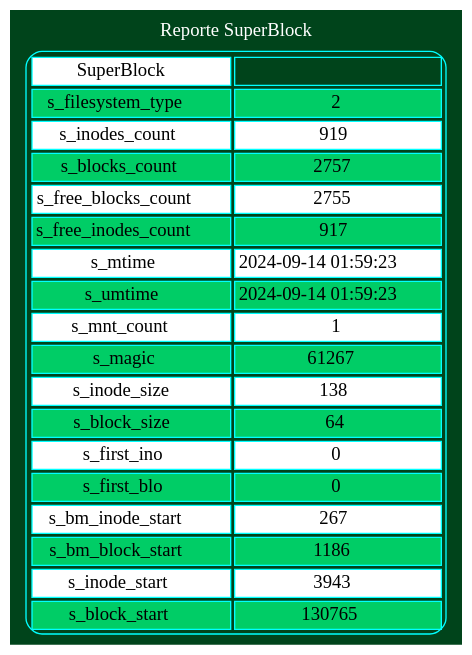
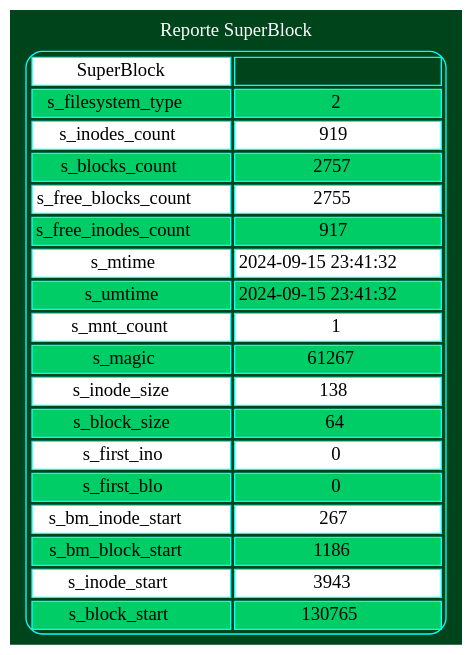
Before and after one commit to Josue013/MIA_2S_P1_202202481: the diagram in output/reporteSB.dot, drawn with Graphviz. The commit also changed 23 other files, not shown here.

```diff
--- a/output/reporteSB.dot
+++ b/output/reporteSB.dot
@@ -1,22 +1,22 @@
 digraph grid {bgcolor="#00441b" fontcolor="white" label=" Reporte SuperBlock "layout=dot labelloc = "t"edge [weigth=1000 style=dashed color=red4 dir = "both" arrowtail="open" arrowhead="open"]a0[shape=none, color=cyan, label=<
 <TABLE cellspacing="3" cellpadding="2" style="rounded" >
 <TR><TD bgcolor="white">SuperBlock</TD><TD></TD></TR>
 <TR><TD bgcolor="springgreen3">s_filesystem_type</TD><TD bgcolor="springgreen3">2</TD></TR>
 <TR><TD bgcolor="white">s_inodes_count</TD><TD bgcolor="white">919</TD></TR>
 <TR><TD bgcolor="springgreen3">s_blocks_count</TD><TD bgcolor="springgreen3">2757</TD></TR>
 <TR><TD bgcolor="white">s_free_blocks_count</TD><TD bgcolor="white">2755</TD></TR>
 <TR><TD bgcolor="springgreen3">s_free_inodes_count</TD><TD bgcolor="springgreen3">917</TD></TR>
-<TR><TD bgcolor="white">s_mtime</TD><TD bgcolor="white">2024-09-14 01:59:23</TD></TR>
-<TR><TD bgcolor="springgreen3">s_umtime</TD><TD bgcolor="springgreen3">2024-09-14 01:59:23</TD></TR>
+<TR><TD bgcolor="white">s_mtime</TD><TD bgcolor="white">2024-09-15 23:41:32</TD></TR>
+<TR><TD bgcolor="springgreen3">s_umtime</TD><TD bgcolor="springgreen3">2024-09-15 23:41:32</TD></TR>
 <TR><TD bgcolor="white">s_mnt_count</TD><TD bgcolor="white">1</TD></TR>
 <TR><TD bgcolor="springgreen3">s_magic</TD><TD bgcolor="springgreen3">61267</TD></TR>
 <TR><TD bgcolor="white">s_inode_size</TD><TD bgcolor="white">138</TD></TR>
 <TR><TD bgcolor="springgreen3">s_block_size</TD><TD bgcolor="springgreen3">64</TD></TR>
 <TR><TD bgcolor="white">s_first_ino</TD><TD bgcolor="white">0</TD></TR>
 <TR><TD bgcolor="springgreen3">s_first_blo</TD><TD bgcolor="springgreen3">0</TD></TR>
 <TR><TD bgcolor="white">s_bm_inode_start</TD><TD bgcolor="white">267</TD></TR>
 <TR><TD bgcolor="springgreen3">s_bm_block_start</TD><TD bgcolor="springgreen3">1186</TD></TR>
 <TR><TD bgcolor="white">s_inode_start</TD><TD bgcolor="white">3943</TD></TR>
 <TR><TD bgcolor="springgreen3">s_block_start</TD><TD bgcolor="springgreen3">130765</TD></TR>
 </TABLE>>];
 }
```
